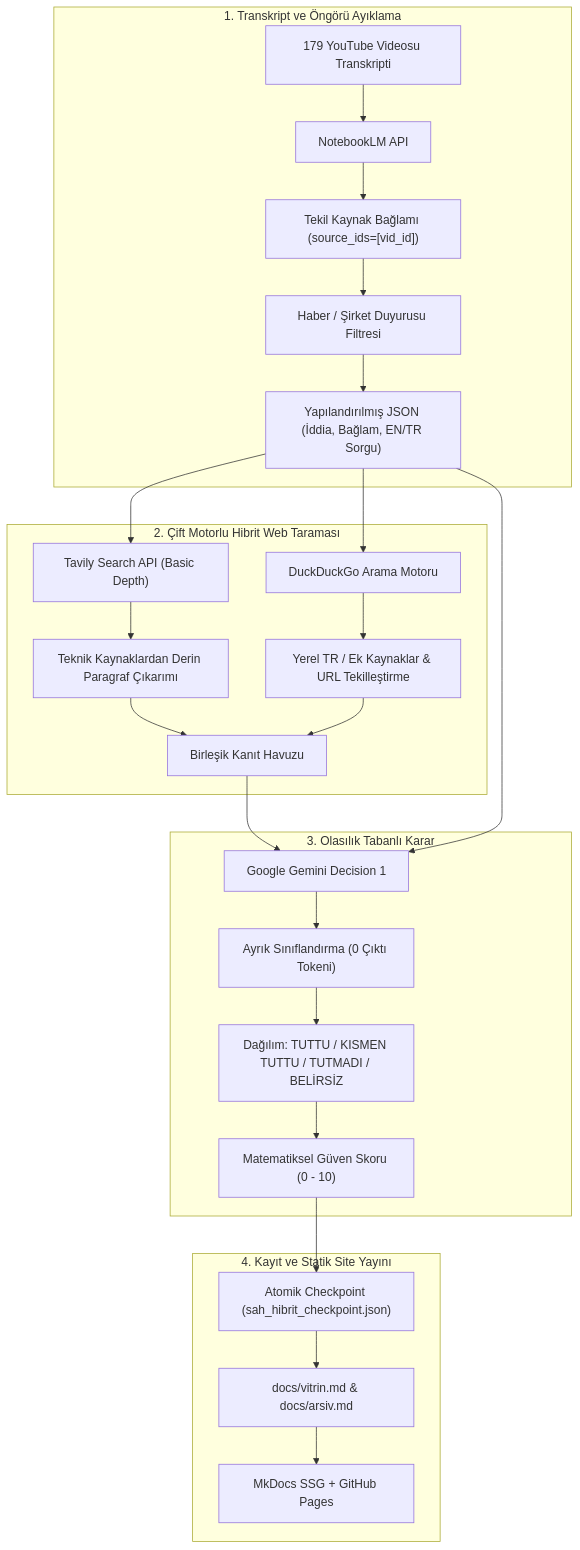
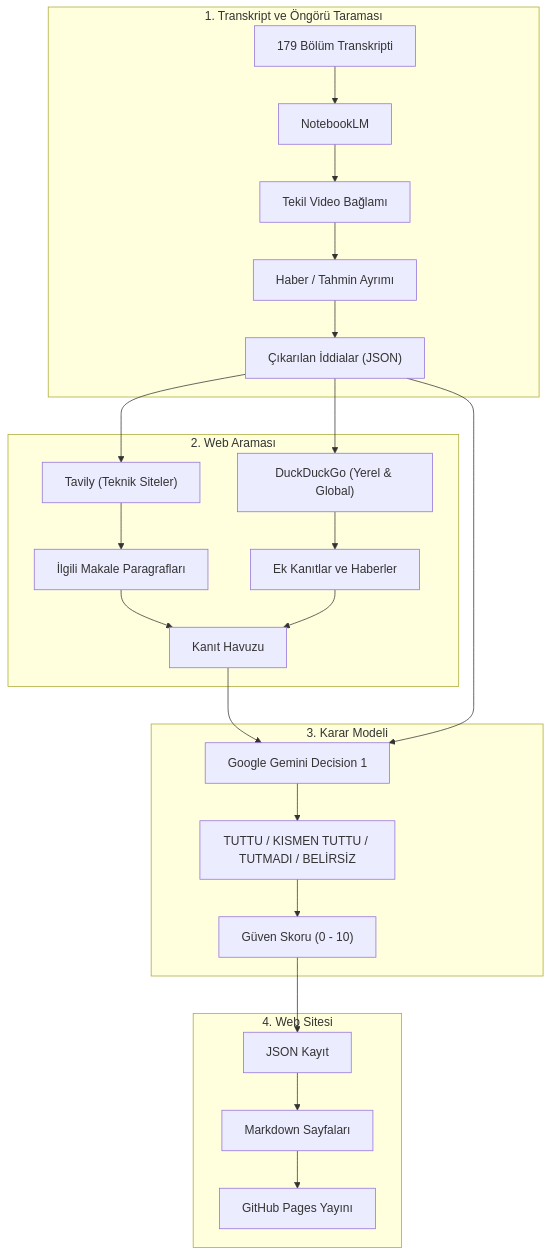
One commit to ytalharabaci/sah-ongoru-analizi changed the diagram in docs/metodoloji.md. Above: the diagram before and after it, drawn with Mermaid. The commit also changed other lines of this file and 8 other files, not shown here.

Commit message:
style: tüm dokümanlar ve web sayfaları noktalı virgülsüz doğal Türkçeye uyarlandı

````diff
--- a/docs/metodoloji.md
+++ b/docs/metodoloji.md
@@ -9,32 +9,31 @@
 ```mermaid
 flowchart TD
-    subgraph A["1. Transkript ve Öngörü Ayıklama"]
-        A1["179 YouTube Videosu Transkripti"] --> A2["NotebookLM API"]
-        A2 --> A3["Tekil Kaynak Bağlamı (source_ids=[vid_id])"]
-        A3 --> A4["Haber / Şirket Duyurusu Filtresi"]
-        A4 --> A5["Yapılandırılmış JSON (İddia, Bağlam, EN/TR Sorgu)"]
+    subgraph S1["1. Transkript ve Öngörü Taraması"]
+        A1["179 Bölüm Transkripti"] --> A2["NotebookLM"]
+        A2 --> A3["Tekil Video Bağlamı"]
+        A3 --> A4["Haber / Tahmin Ayrımı"]
+        A4 --> A5["Çıkarılan İddialar (JSON)"]
     end
 
-    subgraph B["2. Çift Motorlu Hibrit Web Taraması"]
-        A5 --> B1["Tavily Search API (Basic Depth)"]
-        A5 --> B2["DuckDuckGo Arama Motoru"]
-        B1 --> B3["Teknik Kaynaklardan Derin Paragraf Çıkarımı"]
-        B2 --> B4["Yerel TR / Ek Kaynaklar & URL Tekilleştirme"]
-        B3 --> B5["Birleşik Kanıt Havuzu"]
+    subgraph S2["2. Web Araması"]
+        A5 --> B1["Tavily (Teknik Siteler)"]
+        A5 --> B2["DuckDuckGo (Yerel & Global)"]
+        B1 --> B3["İlgili Makale Paragrafları"]
+        B2 --> B4["Ek Kanıtlar ve Haberler"]
+        B3 --> B5["Kanıt Havuzu"]
         B4 --> B5
     end
 
-    subgraph C["3. Olasılık Tabanlı Karar"]
+    subgraph S3["3. Karar Modeli"]
         B5 --> C1["Google Gemini Decision 1"]
         A5 --> C1
-        C1 --> C2["Ayrık Sınıflandırma (0 Çıktı Tokeni)"]
-        C2 --> C3["Dağılım: TUTTU / KISMEN TUTTU / TUTMADI / BELİRSİZ"]
-        C3 --> C4["Matematiksel Güven Skoru (0 - 10)"]
+        C1 --> C2["TUTTU / KISMEN TUTTU / TUTMADI / BELİRSİZ"]
+        C2 --> C3["Güven Skoru (0 - 10)"]
     end
 
-    subgraph D["4. Kayıt ve Statik Site Yayını"]
-        C4 --> D1["Atomik Checkpoint (sah_hibrit_checkpoint.json)"]
-        D1 --> D2["docs/vitrin.md & docs/arsiv.md"]
-        D2 --> D3["MkDocs SSG + GitHub Pages"]
+    subgraph S4["4. Web Sitesi"]
+        C3 --> D1["JSON Kayıt"]
+        D1 --> D2["Markdown Sayfaları"]
+        D2 --> D3["GitHub Pages Yayını"]
     end
 ```
````
